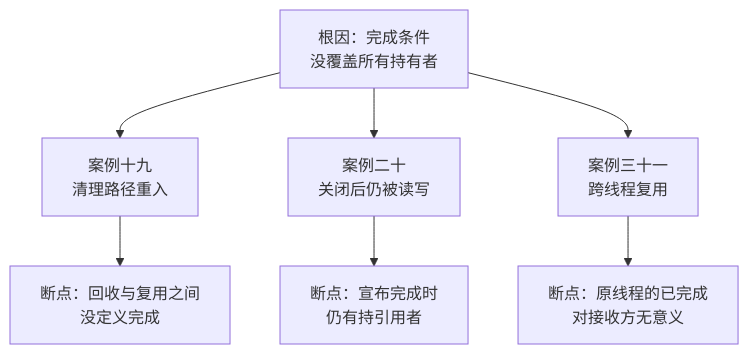
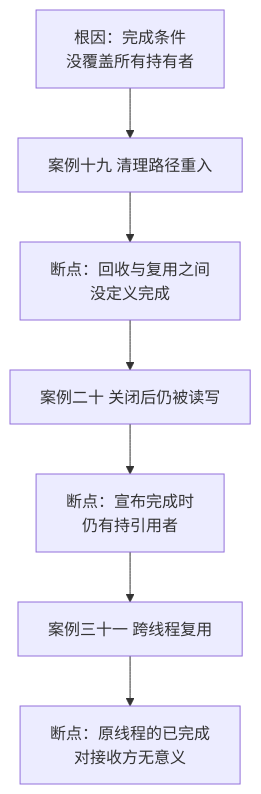
One commit to hub138/technical-knowledge changed the second of 2 diagrams in vault/工程知识/后端系统：在并发、失败与变化中维持服务/任务与并发/并发控制先定义共享状态和完成条件.md. Above: the diagram before and after it, drawn with Mermaid. The commit also changed other lines of this file and 622 other files, not shown here.

````diff
--- a/vault/工程知识/后端系统：在并发、失败与变化中维持服务/任务与并发/并发控制先定义共享状态和完成条件.md
+++ b/vault/工程知识/后端系统：在并发、失败与变化中维持服务/任务与并发/并发控制先定义共享状态和完成条件.md
@@ -121,9 +153,9 @@
 ```mermaid
-graph TD
-    R["根因：完成条件<br/>没覆盖所有持有者"] --> A["案例十九<br/>清理路径重入"]
+graph TB
+    R["根因：完成条件<br/>没覆盖所有持有者"] --> A["案例十九 清理路径重入"]
     A --> A1["断点：回收与复用之间<br/>没定义完成"]
-    R --> B["案例二十<br/>关闭后仍被读写"]
+    A1 --> B["案例二十 关闭后仍被读写"]
     B --> B1["断点：宣布完成时<br/>仍有持引用者"]
-    R --> C["案例三十一<br/>跨线程复用"]
+    B1 --> C["案例三十一 跨线程复用"]
     C --> C1["断点：原线程的已完成<br/>对接收方无意义"]
 ```
````
